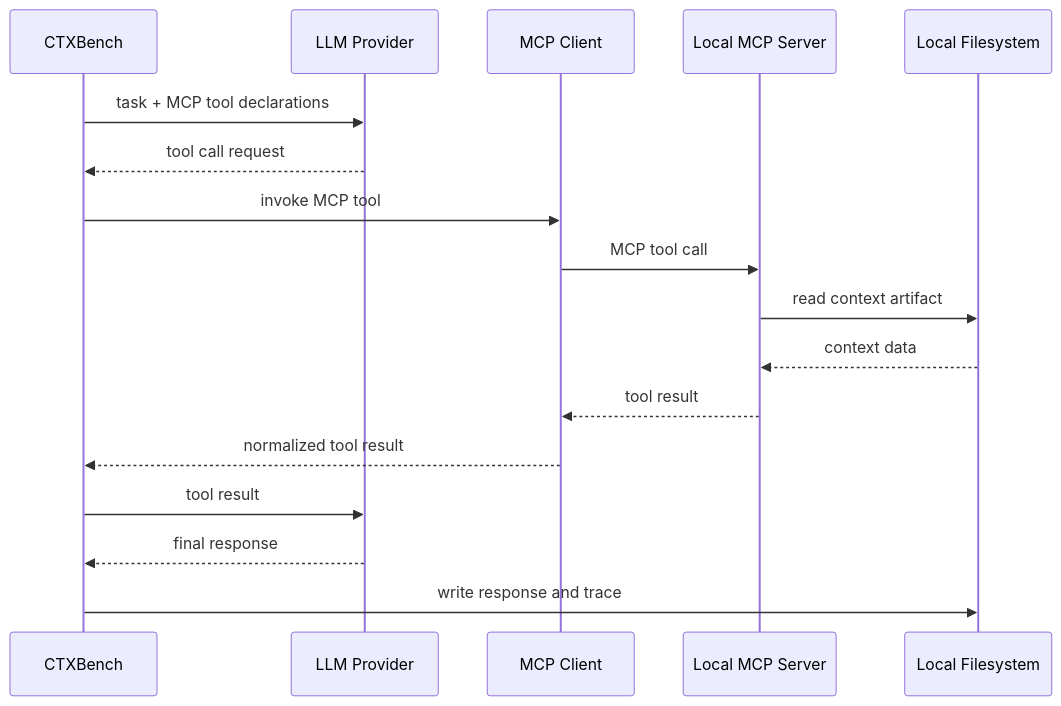
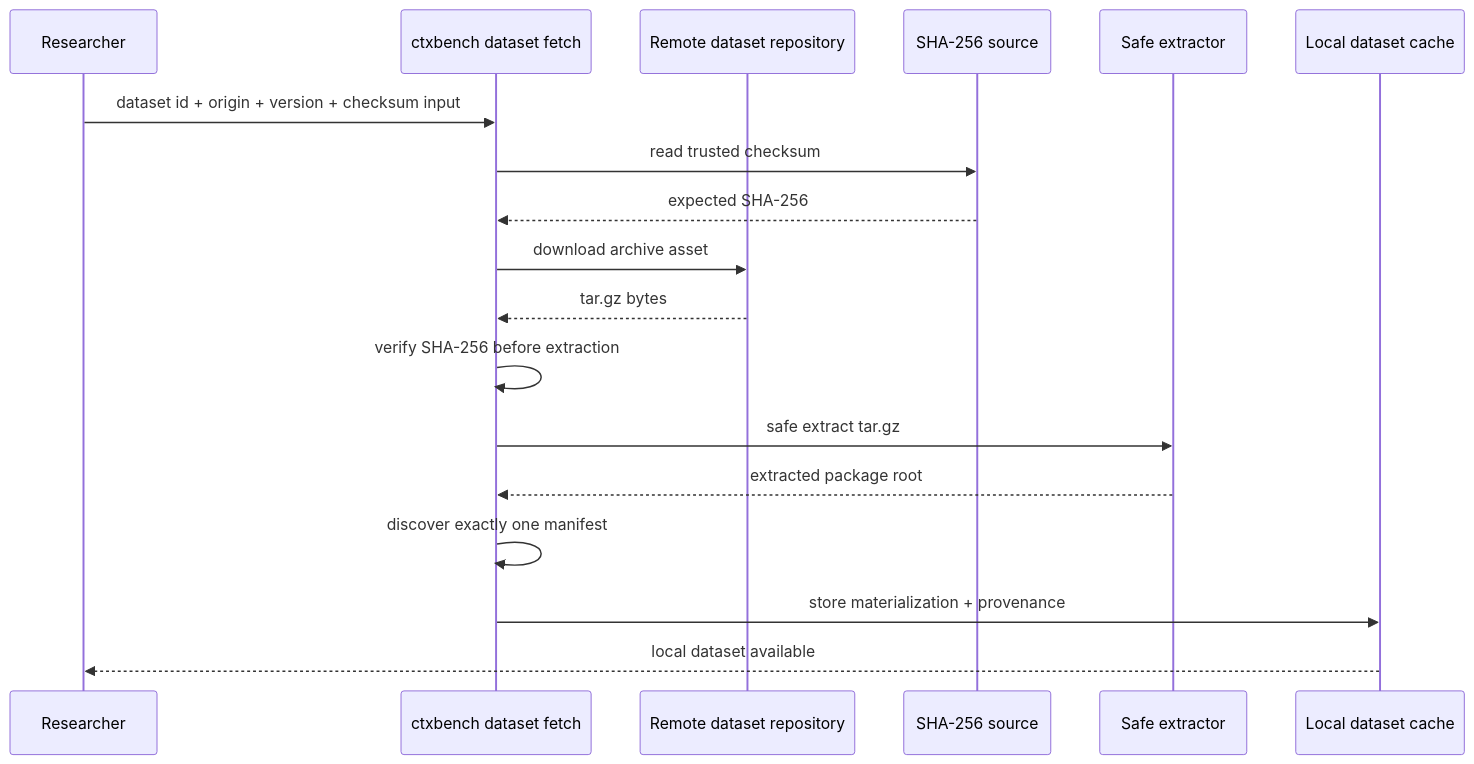
The first of 4 diagrams in docs/architecture/dynamic.md (ctxbench/ctxbench-cli), drawn with Mermaid before and after one commit. The commit also changed other lines of this file and 11 other files, not shown here.

````diff
--- a/docs/architecture/dynamic.md
+++ b/docs/architecture/dynamic.md
@@ -46,20 +9,21 @@
 ```mermaid
 sequenceDiagram
-    participant B as CTXBench
-    participant L as LLM Provider
-    participant C as MCP Client
-    participant S as Local MCP Server
-    participant F as Local Filesystem
+    participant U as Researcher
+    participant C as ctxbench dataset fetch
+    participant R as Remote dataset repository
+    participant V as SHA-256 source
+    participant X as Safe extractor
+    participant K as Local dataset cache
 
-    B->>L: task + MCP tool declarations
-    L-->>B: tool call request
-    B->>C: invoke MCP tool
-    C->>S: MCP tool call
-    S->>F: read context artifact
-    F-->>S: context data
-    S-->>C: tool result
-    C-->>B: normalized tool result
-    B->>L: tool result
-    L-->>B: final response
-    B->>F: write response and trace
+    U->>C: dataset id + origin + version + checksum input
+    C->>V: read trusted checksum
+    V-->>C: expected SHA-256
+    C->>R: download archive asset
+    R-->>C: tar.gz bytes
+    C->>C: verify SHA-256 before extraction
+    C->>X: safe extract tar.gz
+    X-->>C: extracted package root
+    C->>C: discover exactly one manifest
+    C->>K: store materialization + provenance
+    K-->>U: local dataset available
 ```
````
